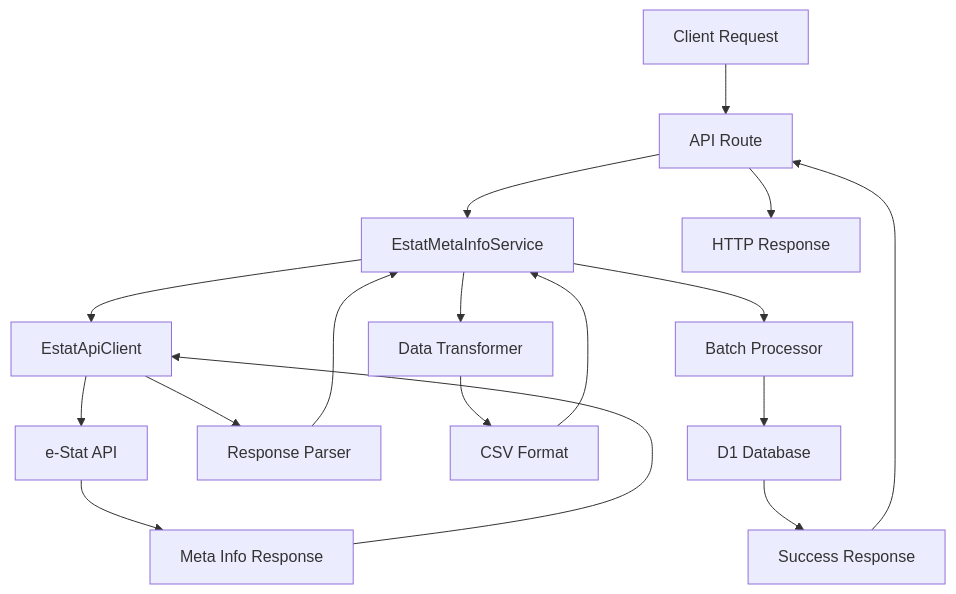
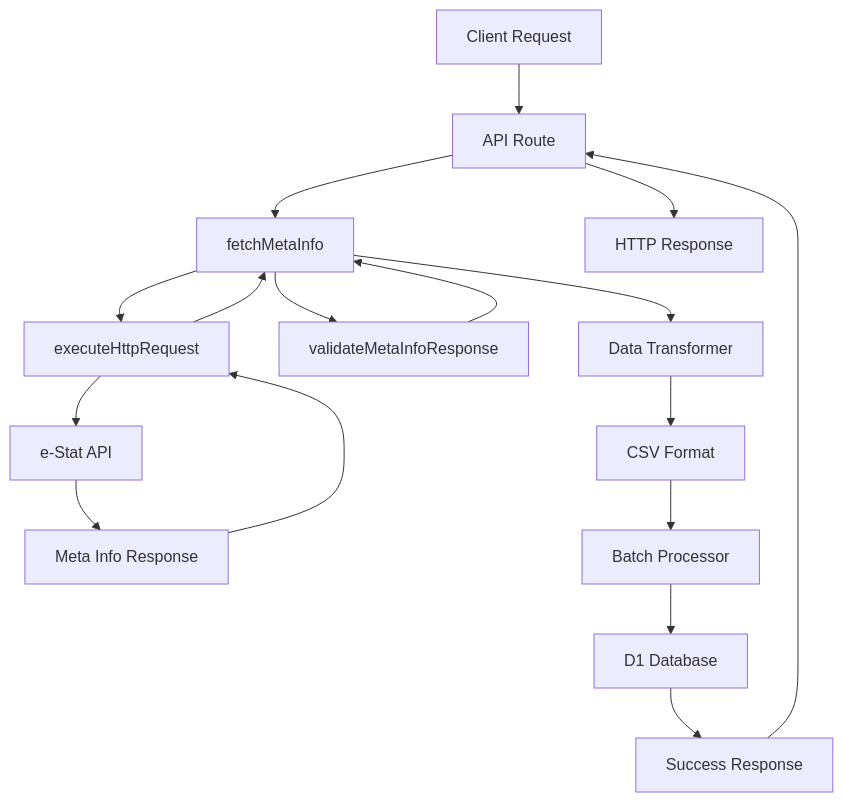
Before and after one commit to uruhayato373/stats47: the second of 2 diagrams in docs/04_開発ガイド/01_ドメイン/estat-api/architecture.md, drawn with Mermaid. The commit also changed other lines of this file and 10 other files, not shown here.

````diff
--- a/docs/04_開発ガイド/01_ドメイン/estat-api/architecture.md
+++ b/docs/04_開発ガイド/01_ドメイン/estat-api/architecture.md
@@ -118,19 +120,19 @@
 ```mermaid
 graph TD
     A[Client Request] --> B[API Route]
-    B --> C[EstatMetaInfoService]
-    C --> D[EstatApiClient]
+    B --> C[fetchMetaInfo]
+    C --> D[executeHttpRequest]
     D --> E[e-Stat API]
     E --> F[Meta Info Response]
     F --> D
-    D --> G[Response Parser]
+    D --> C
+    C --> G[validateMetaInfoResponse]
     G --> C
     C --> H[Data Transformer]
     H --> I[CSV Format]
-    I --> C
-    C --> J[Batch Processor]
+    I --> J[Batch Processor]
     J --> K[D1 Database]
     K --> L[Success Response]
     L --> B
     B --> M[HTTP Response]
 ```
````
